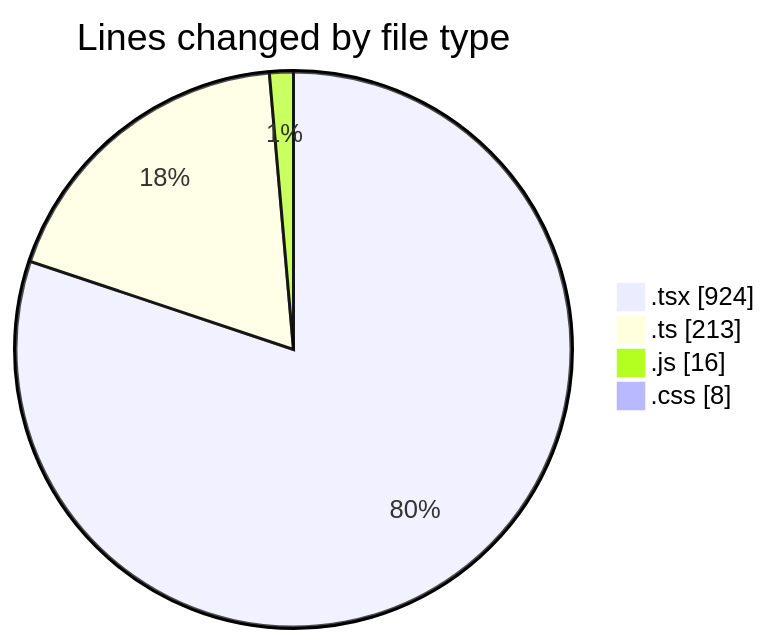
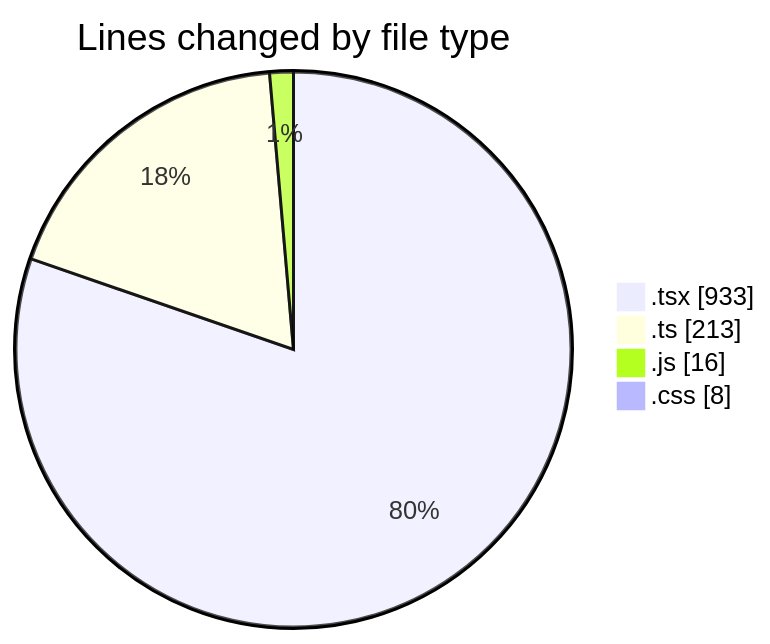
Before and after one commit to robertbonfada/code-tracking: the first of 2 diagrams in 2025-01-17/mbc-web/README.md, drawn with Mermaid. The commit also changed other lines of this file and 1 other file, not shown here.

````diff
--- a/2025-01-17/mbc-web/README.md
+++ b/2025-01-17/mbc-web/README.md
@@ -32,8 +32,8 @@
 ```mermaid
 pie showData
 title Lines changed by file type
-".tsx" : 924
+".tsx" : 933
 ".ts" : 213
 ".js" : 16
 ".css" : 8
 ```
````
